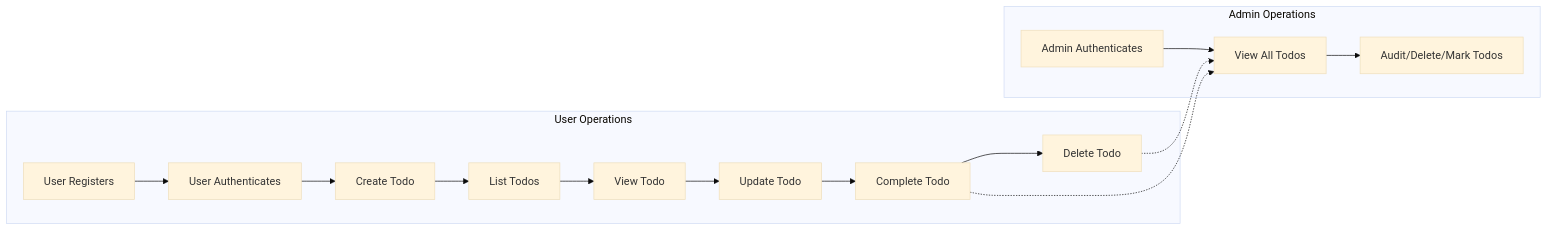
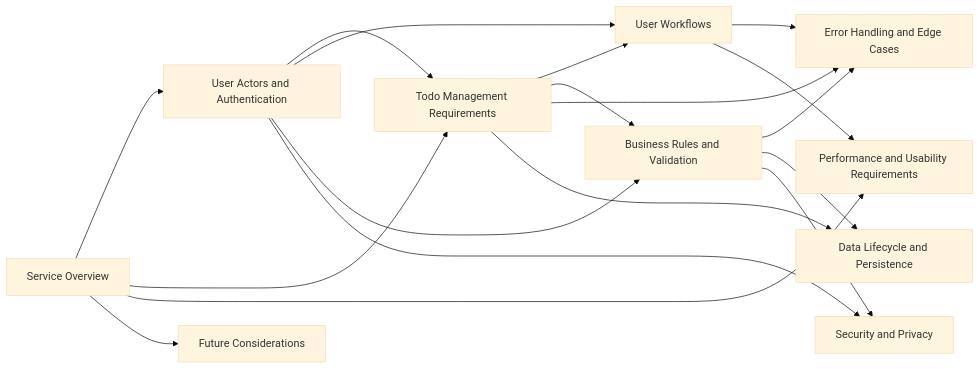
One commit to wrtnlabs/autobe-examples changed the diagram in anthropic/claude-sonnet-4.5/todo/docs/analysis/00-toc.md. Above: the diagram before and after it, drawn with Mermaid (base theme). The commit also changed other lines of this file and 1725 other files, not shown here.

````diff
--- a/anthropic/claude-sonnet-4.5/todo/docs/analysis/00-toc.md
+++ b/anthropic/claude-sonnet-4.5/todo/docs/analysis/00-toc.md
@@ -99,18 +135,20 @@
 ```mermaid
 graph LR
-  subgraph "User Operations"
-    A["User Registers"] --> B["User Authenticates"]
-    B --> C["Create Todo"]
-    C --> D["List Todos"]
-    D --> E["View Todo"]
-    E --> F["Update Todo"]
-    F --> G["Complete Todo"]
-    G --> H["Delete Todo"]
-  end
-  subgraph "Admin Operations"
-    X["Admin Authenticates"] --> Y["View All Todos"]
-    Y --> Z["Audit/Delete/Mark Todos"]
-  end
-  H -.-> Y
-  G -.-> Y
+    A["Service Overview"] --> B["User Actors and Authentication"]
+    A --> C["Todo Management Requirements"]
+    B --> C
+    B --> D["User Workflows"]
+    C --> D
+    C --> E["Business Rules and Validation"]
+    B --> E
+    E --> F["Error Handling and Edge Cases"]
+    C --> F
+    D --> F
+    C --> G["Data Lifecycle and Persistence"]
+    E --> G
+    D --> H["Performance and Usability Requirements"]
+    A --> H
+    B --> I["Security and Privacy"]
+    E --> I
+    A --> J["Future Considerations"]
 ```
````
